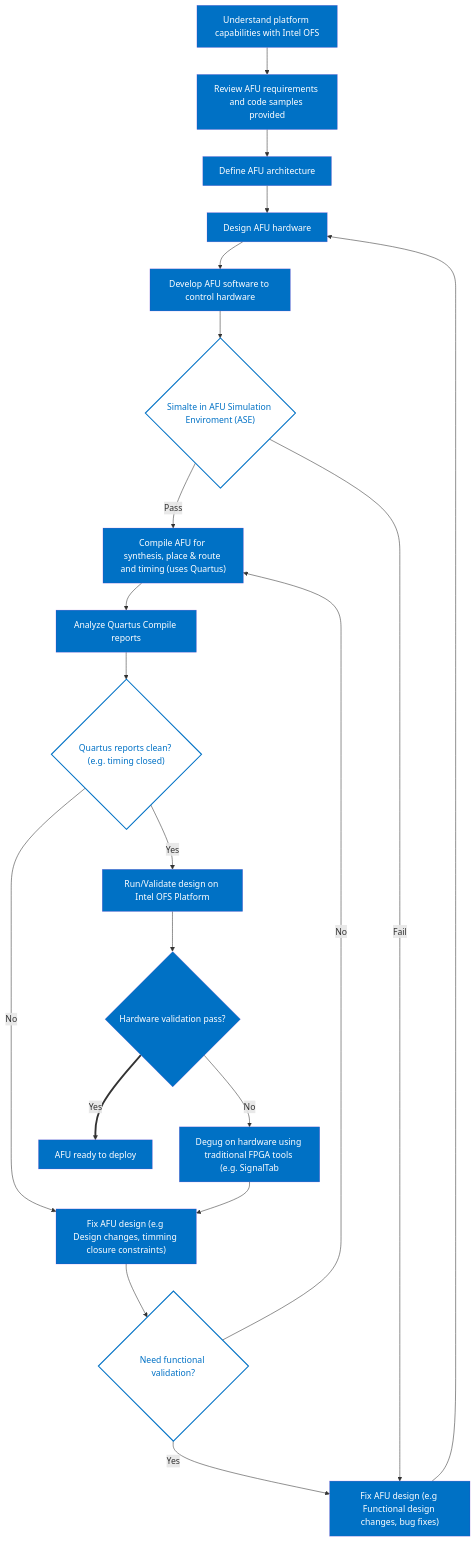
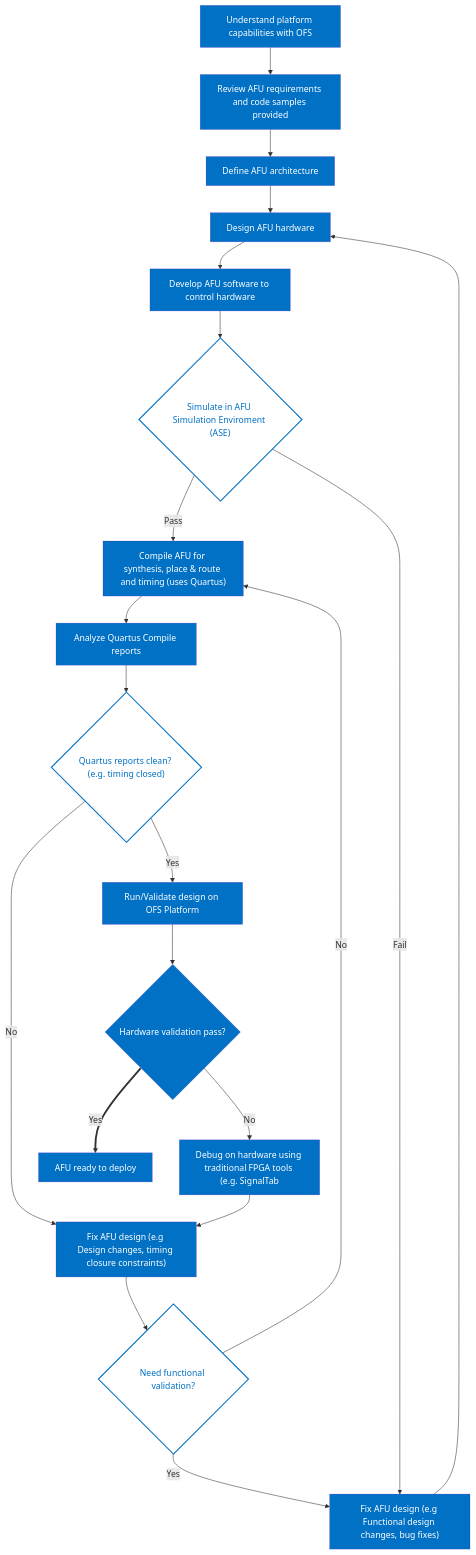
Before and after one commit to OFS/ofs.github.io: the diagram in docs/hw/d5005/dev_guides/afu_dev/ug_dev_afu_d5005.md, drawn with Mermaid. The commit also changed other lines of this file and 26 other files, not shown here.

````diff
--- a/docs/hw/d5005/dev_guides/afu_dev/ug_dev_afu_d5005.md
+++ b/docs/hw/d5005/dev_guides/afu_dev/ug_dev_afu_d5005.md
@@ -191,25 +192,25 @@
 ```mermaid
 flowchart  TB;
-    A[Understand platform capabilities with Intel OFS]-->B[Review AFU requirements and code samples provided];
+    A[Understand platform capabilities with OFS]-->B[Review AFU requirements and code samples provided];
     B[Review AFU requirements and code samples provided]-->C[Define AFU architecture];
     C[Define AFU architecture]-->D[Design AFU hardware];
     D[Design AFU hardware]-->E[Develop AFU software to control hardware];
-    E[Develop AFU software to control hardware]-->F{"Simalte in AFU Simulation Enviroment (ASE)"};
+    E[Develop AFU software to control hardware]-->F{"Simulate in AFU Simulation Enviroment (ASE)"};
     F:::if -- Pass --> H["Compile AFU for synthesis, place & route and timing (uses Quartus)"];
     H["Compile AFU for synthesis, place & route and timing (uses Quartus)"] --> I["Analyze Quartus Compile reports"];
     I --> J{"Quartus reports clean? (e.g. timing closed)"};
     J:::if -- No --> P2;
-    J -- Yes --> K["Run/Validate design on Intel OFS Platform"];
+    J -- Yes --> K["Run/Validate design on OFS Platform"];
     K --> L{"Hardware validation pass?"};
     L == Yes ==> M["AFU ready to deploy"];
-    L -- No --> N["Degug on hardware using traditional FPGA tools (e.g. SignalTab"];
-    N --> P2["Fix AFU design (e.g Design changes, timming closure constraints)"];
+    L -- No --> N["Debug on hardware using traditional FPGA tools (e.g. SignalTab"];
+    N --> P2["Fix AFU design (e.g Design changes, timing closure constraints)"];
     P2 --> O{"Need functional validation?"};
     O:::if -- Yes -->P["Fix AFU design (e.g Functional design changes, bug fixes)"];
     O -- No -->H;    
     F -- Fail --> P;
     P -->D;      
     
     classDef default color:#fff,fill:#0071c5,stroke:#71c5,stroke-width:1px
     classDef if color:#0071c5,fill:#fff,stroke:#0071c5,stroke-width:2px
 ```
````
